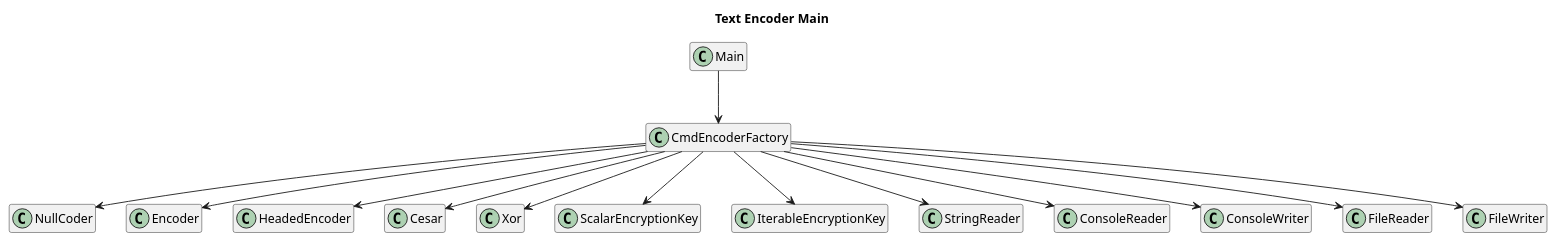
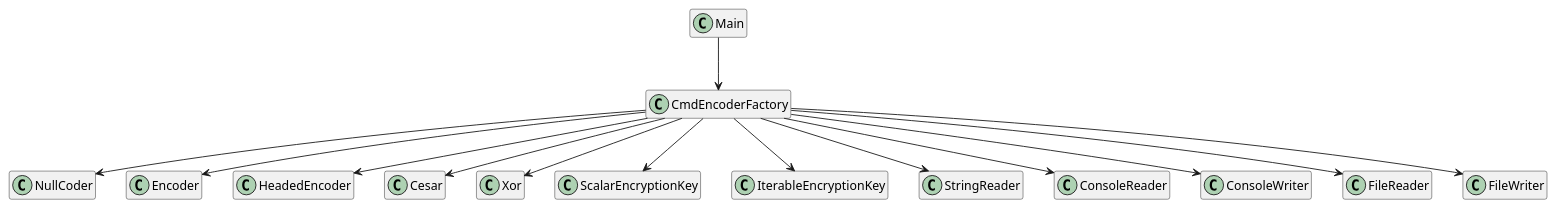
The diagram in docs/design_main.puml (meeetju/encoder), drawn with PlantUML before and after one commit. The commit also changed 9 other files, not shown here.

```diff
--- a/docs/design_main.puml
+++ b/docs/design_main.puml
@@ -1,23 +1,21 @@
 @startuml
 hide empty methods
 hide empty attributes
-
-title Text Encoder Main
 
 class Main {
 }
 
 Main --> CmdEncoderFactory
 CmdEncoderFactory --> NullCoder
 CmdEncoderFactory --> Encoder
 CmdEncoderFactory --> HeadedEncoder
 CmdEncoderFactory --> Cesar
 CmdEncoderFactory --> Xor
 CmdEncoderFactory --> ScalarEncryptionKey
 CmdEncoderFactory --> IterableEncryptionKey
 CmdEncoderFactory --> StringReader
 CmdEncoderFactory --> ConsoleReader
 CmdEncoderFactory --> ConsoleWriter
 CmdEncoderFactory --> FileReader
 CmdEncoderFactory --> FileWriter
 @enduml
```
